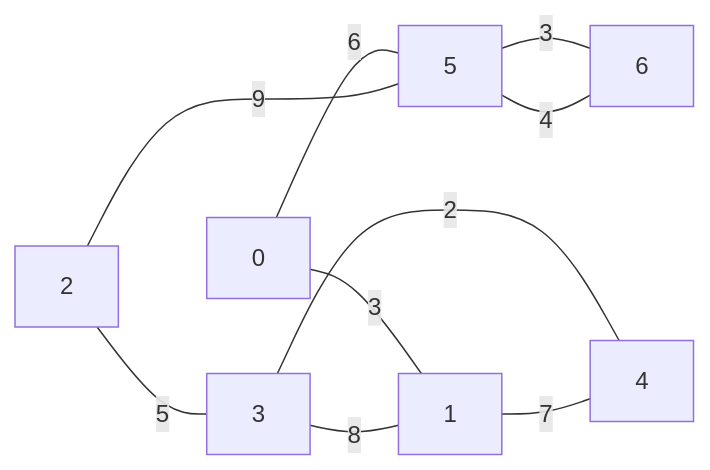
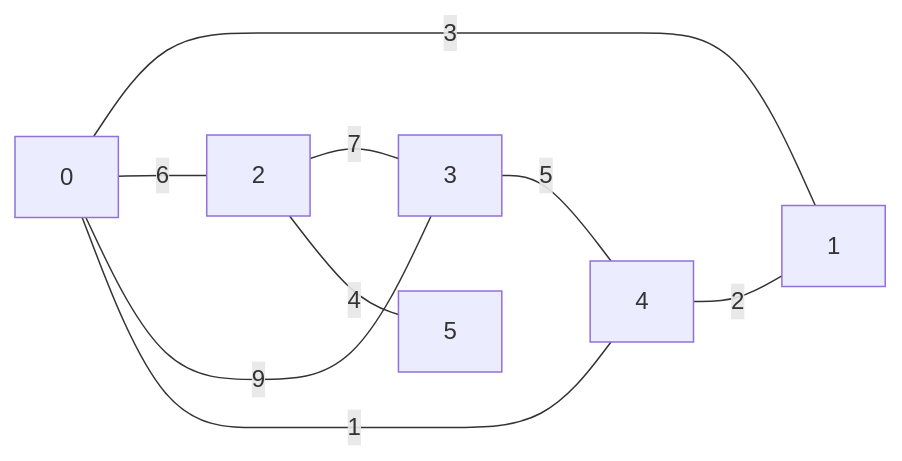
Before and after one commit to boddaert/nsi: the third of 3 diagrams in terminale/Structures_relationnelles_de_données/Graphes.md, drawn with Mermaid. The commit also changed other lines of this file, not shown here.

````diff
--- a/terminale/Structures_relationnelles_de_données/Graphes.md
+++ b/terminale/Structures_relationnelles_de_données/Graphes.md
@@ -132,12 +132,11 @@
 ```mermaid
     flowchart LR
-        0-- 3 ---1
-        3-- 8 ---1
-        3-- 2 ---4
-        1-- 7 ---4
-        0-- 6 ---5
-        5-- 3 ---6
-        2-- 9 ---5
-        2-- 5 ---3
-        5-- 4 ---6
+        0 --3--- 1
+        0 --6--- 2
+        0 --9--- 3
+        0 --1--- 4
+        3 --5--- 4
+        2 --7--- 3
+        2 --4--- 5
+        4 --2--- 1
 ```
````
